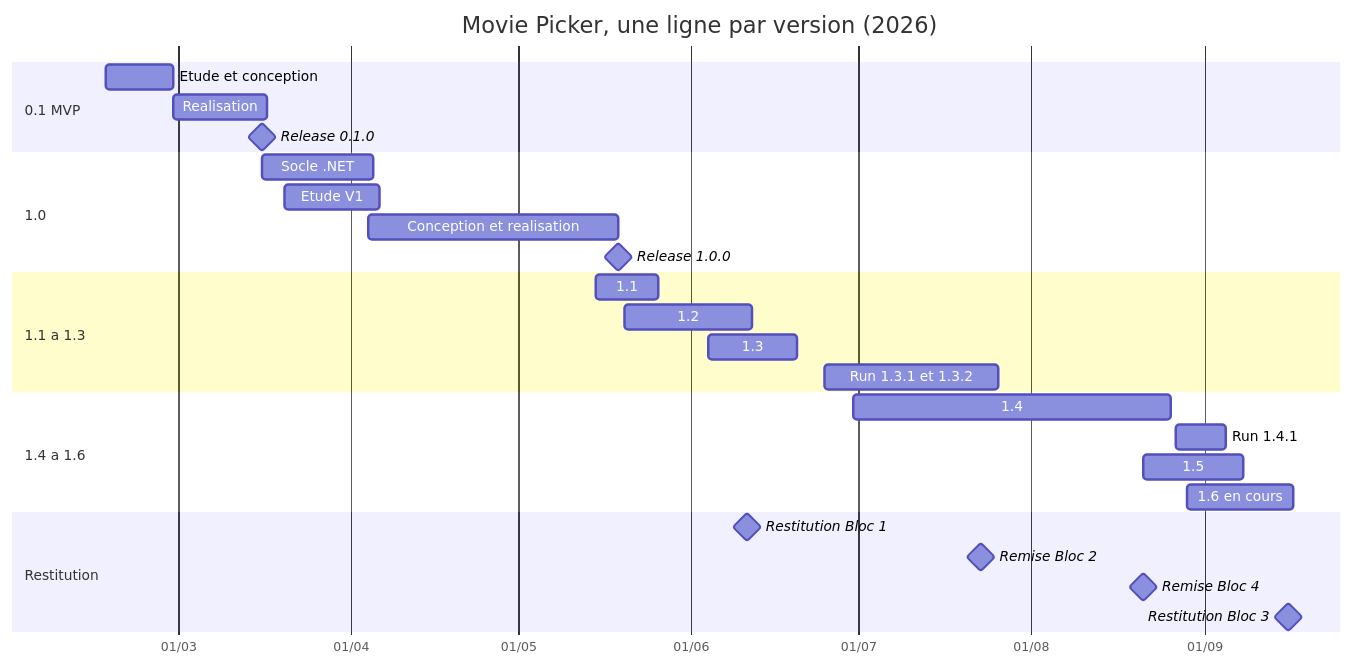
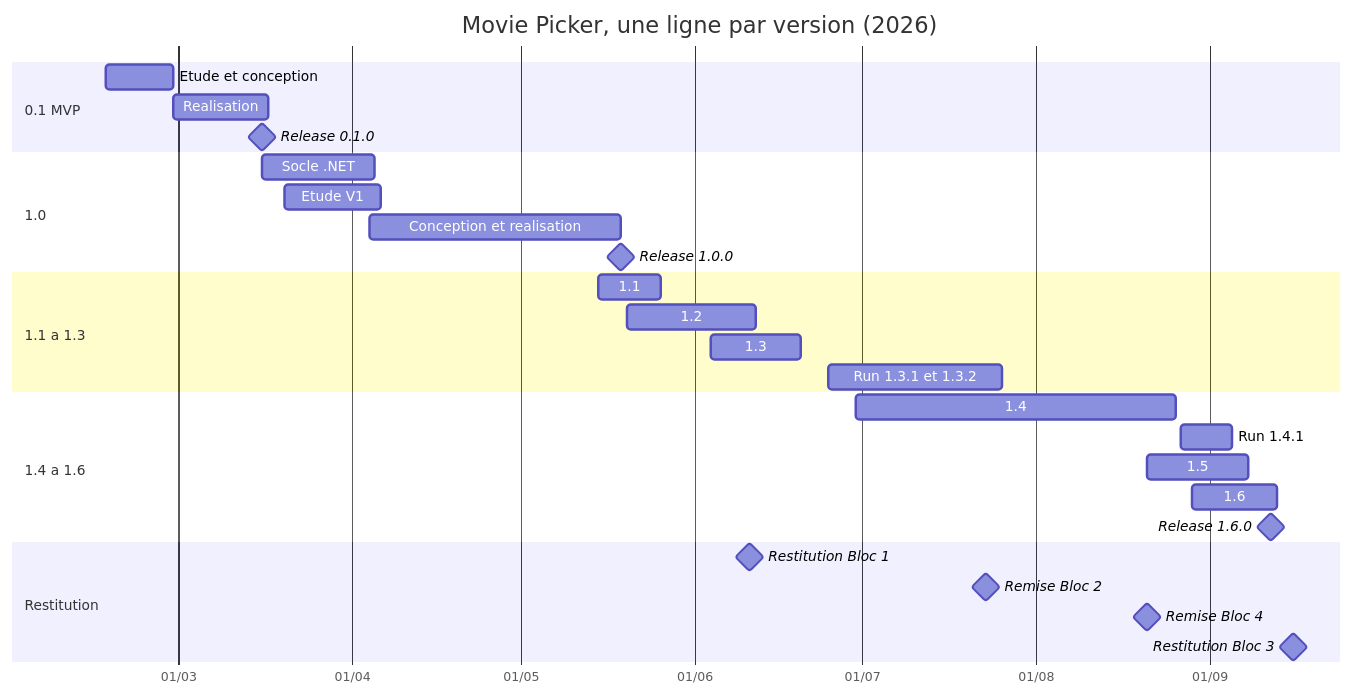
One commit to Affy657/Movie-Picker changed the diagram in docs/RNCP/bloc-3-coordination-pilotage/01-planification.md. Above: the diagram before and after it, drawn with Mermaid. The commit also changed other lines of this file and 6 other files, not shown here.

First line of the commit message:
docs(rncp): Bloc 3, chapitre 2 aligne sur la v1.6 et la roadmap fusionnee

````diff
--- a/docs/RNCP/bloc-3-coordination-pilotage/01-planification.md
+++ b/docs/RNCP/bloc-3-coordination-pilotage/01-planification.md
@@ -134,36 +135,37 @@
 ```mermaid
 gantt
     title Movie Picker, une ligne par version (2026)
     dateFormat YYYY-MM-DD
     axisFormat %d/%m
     todayMarker off
 
     section 0.1 MVP
     Etude et conception          :2026-02-16, 12d
     Realisation                  :2026-02-28, 17d
     Release 0.1.0                :milestone, 2026-03-16, 0d
 
     section 1.0
     Socle .NET                   :2026-03-16, 20d
     Etude V1                     :2026-03-20, 17d
     Conception et realisation    :2026-04-04, 45d
     Release 1.0.0                :milestone, 2026-05-19, 0d
 
     section 1.1 a 1.3
     1.1                          :2026-05-15, 11d
     1.2                          :2026-05-20, 23d
     1.3                          :2026-06-04, 16d
     Run 1.3.1 et 1.3.2           :2026-06-25, 31d
 
     section 1.4 a 1.6
     1.4                          :2026-06-30, 57d
     Run 1.4.1                    :2026-08-27, 9d
     1.5                          :2026-08-21, 18d
-    1.6 en cours                 :2026-08-29, 19d
+    1.6                          :2026-08-29, 15d
+    Release 1.6.0                :milestone, 2026-09-12, 0d
 
     section Restitution
     Restitution Bloc 1           :milestone, 2026-06-11, 0d
     Remise Bloc 2                :milestone, 2026-07-23, 0d
     Remise Bloc 4                :milestone, 2026-08-21, 0d
     Restitution Bloc 3           :milestone, 2026-09-16, 0d
 ```
````
